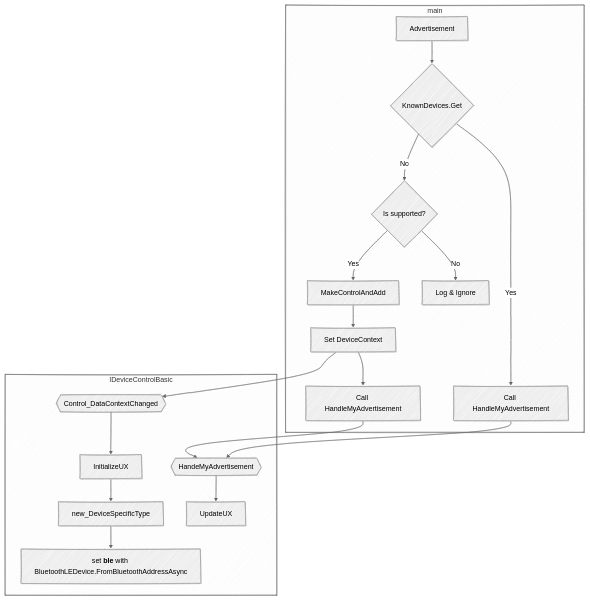
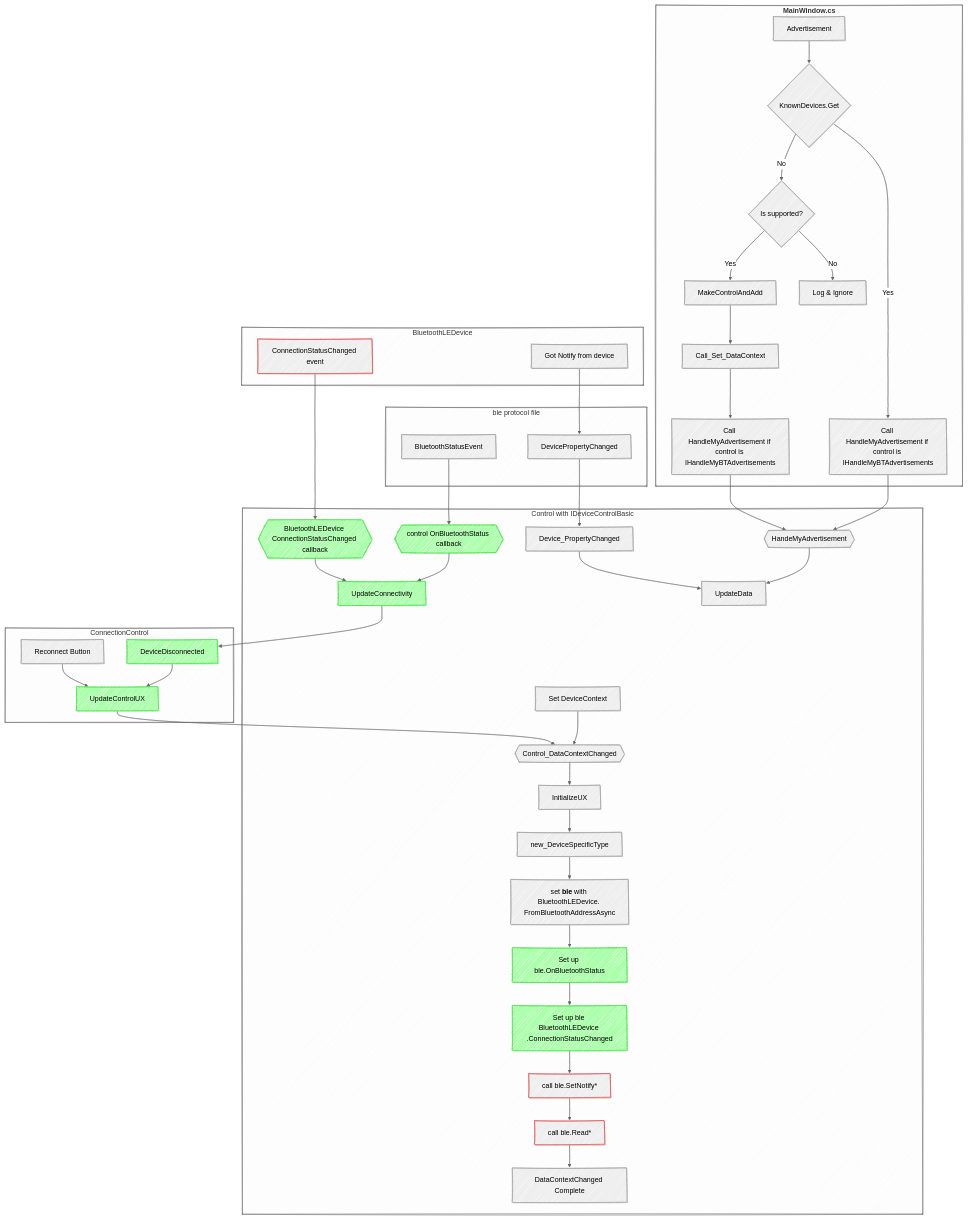
The second of 2 diagrams in BluetoothWinUI3/Assets/HelpFiles/How_Connection_Control_Works_Lifecycle.md (pedasmith/BluetoothDeviceController), drawn with Mermaid before and after one commit. The commit also changed other lines of this file and 10 other files, not shown here.

Commit message:
Fixed Eddystone parsing (again) Hooking up connect/disconnect and status widget Short-circuit reading data (makes the demo control extra weird) Hook up status change to connection control More docs for connectivity

````diff
--- a/BluetoothWinUI3/Assets/HelpFiles/How_Connection_Control_Works_Lifecycle.md
+++ b/BluetoothWinUI3/Assets/HelpFiles/How_Connection_Control_Works_Lifecycle.md
@@ -14,28 +58,89 @@
   theme: neutral
 ---
 flowchart TD
-subgraph main
-A[Advertisement] --> CheckKnown{KnownDevices.Get}
-CheckKnown --> |No| CheckSupported{Is supported?}
-CheckKnown --> |Yes| Call_HandleMyAdvertisement1
-CheckSupported -->|Yes| MakeControlAndAdd
-CheckSupported -->|No| NotSupported[Log & Ignore]
-MakeControlAndAdd --> Call_Set_DeviceContext
-Call_Set_DeviceContext --> Call_HandleMyAdvertisement2
+subgraph main["`**MainWindow.cs**`"]
+	A[Advertisement] --> CheckKnown{KnownDevices.Get}
+	CheckKnown --> |No| CheckSupported{Is supported?}
+	CheckKnown --> |Yes| Call_HandleMyAdvertisement1
+	CheckSupported -->|Yes| MakeControlAndAdd
+	CheckSupported -->|No| NotSupported[Log & Ignore]
+	MakeControlAndAdd --> Call_Set_DataContext
+	Call_Set_DataContext --> Call_HandleMyAdvertisement2
+	end
+
+	subgraph IDeviceControlBasic[Control with IDeviceControlBasic]
+	Call_HandleMyAdvertisement1[Call HandleMyAdvertisement if control is IHandleMyBTAdvertisements] 
+		--> HandleMyAdvertisement
+	Call_HandleMyAdvertisement2[Call HandleMyAdvertisement if control is IHandleMyBTAdvertisements] 
+		--> HandleMyAdvertisement
+	Call_Set_DeviceContext[Set DeviceContext] --> Control_DataContextChanged 
+	Control_DataContextChanged{{Control_DataContextChanged}} --> InitializeUX
+	InitializeUX --> new_DeviceSpecificType
+	new_DeviceSpecificType 
+		--> ble_BluetoothLEDevice.FromBluetoothAddressAsync["`set **ble** with BluetoothLEDevice. FromBluetoothAddressAsync `"]
+	ble_BluetoothLEDevice.FromBluetoothAddressAsync 
+		--> ble_OnBluetoothStatus
+	ble_OnBluetoothStatus[Set up ble.OnBluetoothStatus]
+		--> ble_SetupConnectionStatusChanged
+	ble_SetupConnectionStatusChanged[Set up ble BluetoothLEDevice .ConnectionStatusChanged]
+		--> ble_SetNotify
+	ble_SetNotify[call ble.SetNotify*]
+		--> ble_Read
+	ble_Read[call ble.Read*]
+		--> SetupCompleted
+	SetupCompleted[DataContextChanged Complete]
+
+	ble_ConnectionStatusChanged{{BluetoothLEDevice ConnectionStatusChanged callback}}
+		--> UpdateConnectivity
+	control_StatusEvent{{control OnBluetoothStatus callback}}
+		--> UpdateConnectivity
+
+	HandleMyAdvertisement{{HandeMyAdvertisement}} --> UpdateData
+
+	Device_PropertyChanged --> UpdateData
 end
-subgraph IDeviceControlBasic
-Call_HandleMyAdvertisement1[Call HandleMyAdvertisement] 
-	--> HandleMyAdvertisement
-Call_HandleMyAdvertisement2[Call HandleMyAdvertisement] 
-	--> HandleMyAdvertisement
-Call_Set_DeviceContext[Set DeviceContext] --> Control_DataContextChanged 
-Control_DataContextChanged{{Control_DataContextChanged}} --> InitializeUX
-InitializeUX --> new_DeviceSpecificType
-new_DeviceSpecificType 
-	--> ble_BluetoothLEDevice.FromBluetoothAddressAsync["`set **ble** with BluetoothLEDevice.FromBluetoothAddressAsync `"]
+
+subgraph ConnectionControl
+	Reconnect[Reconnect Button]
+		-->UpdateControlUX
+
+	UpdateConnectivity-->cc_DeviceDisconnected
+	cc_DeviceDisconnected[DeviceDisconnected]
+		-->UpdateControlUX
+
+	UpdateControlUX
+		-->Control_DataContextChanged
+end
 
 
-HandleMyAdvertisement{{HandeMyAdvertisement}} --> UpdateUX
+subgraph ble[ble protocol file]
+	BluetoothStatusEvent --> control_StatusEvent
+	DevicePropertyChanged --> Device_PropertyChanged
+end
 
+subgraph BluetoothLEDevice[BluetoothLEDevice]
+	ConnectionStatusChangedEvent[ConnectionStatusChanged event] 
+		-->ble_ConnectionStatusChanged
+	GotNotify[Got Notify from device]
+		--> DevicePropertyChanged
 end
+
+
+classDef CanTriggerError stroke:#D44
+class ble_BluetoothLEDevice.FromBluetoothAddressAsync CanTriggerErrocontrol
+class ble_SetNotify CanTriggerError
+class ble_Read CanTriggerError
+class ConnectionStatusChangedEvent CanTriggerError
+
+classDef NewCode20260808 stroke:#4D4,fill:#aFa
+class control_StatusEvent NewCode20260808
+class ble_ConnectionStatusChanged NewCode20260808
+class ble_SetupConnectionStatusChanged NewCode20260808
+class ble_OnBluetoothStatus NewCode20260808
+class UpdateConnectivity NewCode20260808
+class cc_DeviceDisconnected NewCode20260808
+class UpdateControlUX NewCode20260808
+
+
+
 ```
````
